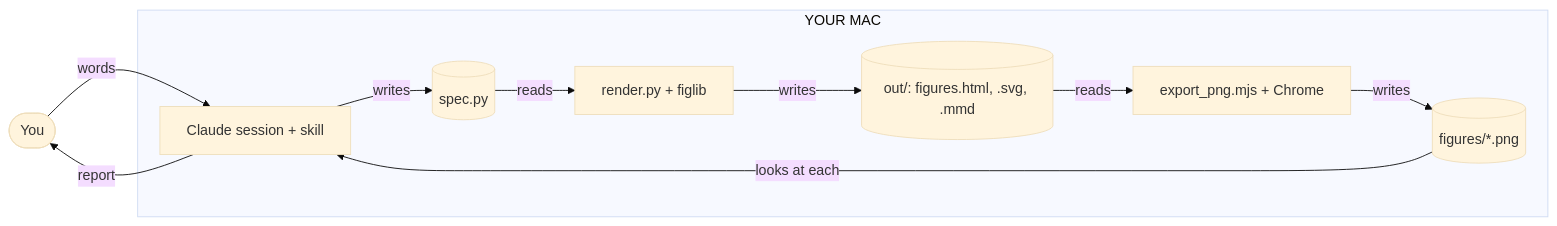
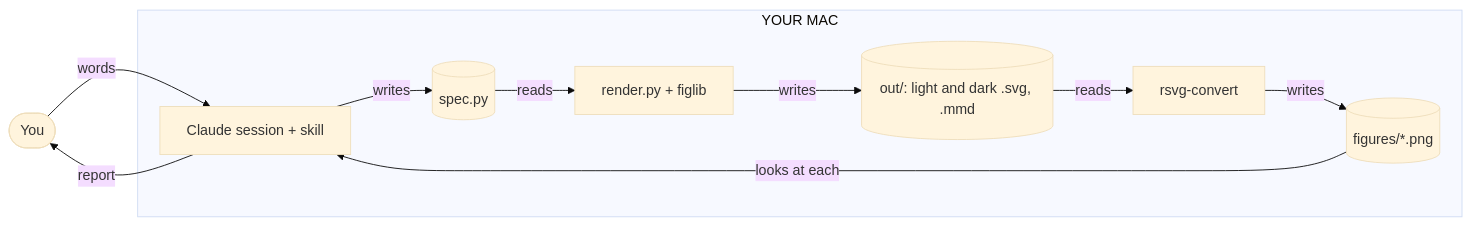
One commit to DanTanzer/dans-skills changed the first of 2 diagrams in skills/readable-diagrams/HOW-IT-WORKS.md. Above: the diagram before and after it, drawn with Mermaid (base theme). The commit also changed other lines of this file and 22 other files, not shown here.

````diff
--- a/skills/readable-diagrams/HOW-IT-WORKS.md
+++ b/skills/readable-diagrams/HOW-IT-WORKS.md
@@ -41,14 +41,14 @@
 ```mermaid
 flowchart LR
   you(["You"])
   subgraph mac["YOUR MAC"]
     claude["Claude session + skill"] -->|writes| spec[("spec.py")]
     spec -->|reads| render["render.py + figlib"]
-    render -->|writes| outdir[("out/: figures.html, .svg, .mmd")]
-    outdir -->|reads| exporter["export_png.mjs + Chrome"]
+    render -->|writes| outdir[("out/: light and dark .svg, .mmd")]
+    outdir -->|reads| exporter["rsvg-convert"]
     exporter -->|writes| pngs[("figures/*.png")]
     pngs -->|looks at each| claude
   end
   you -->|words| claude
   claude -->|report| you
 ```
````
